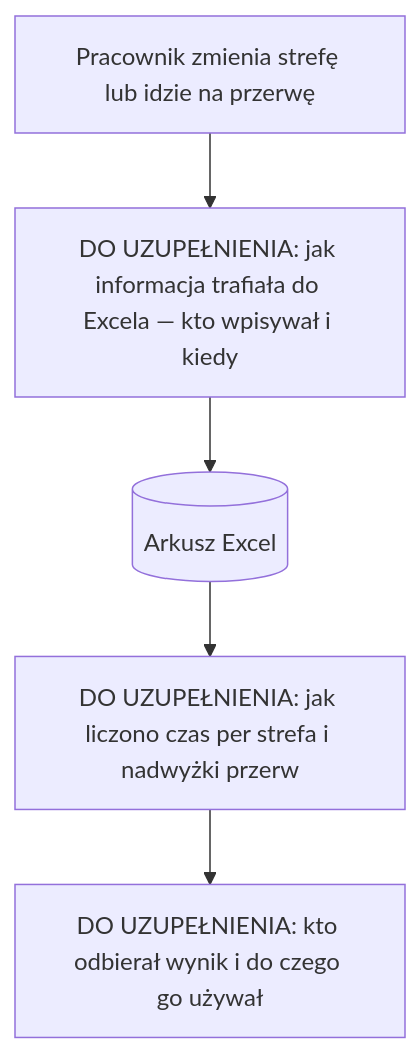
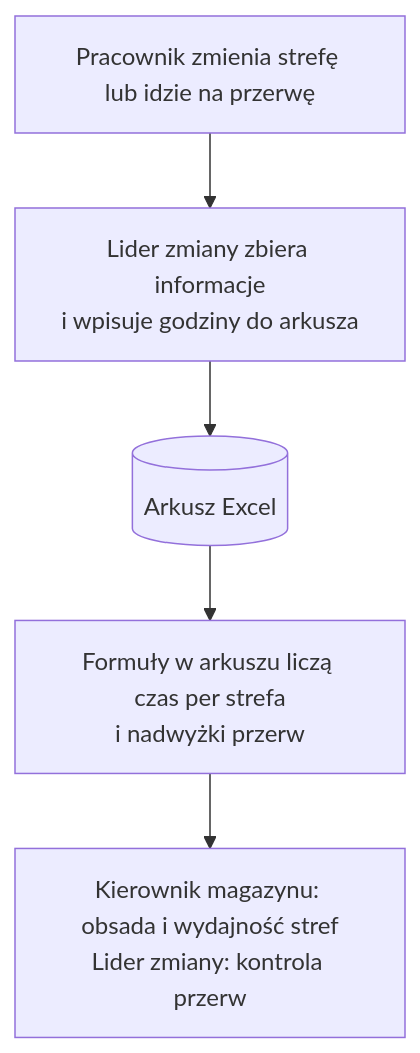
The first of 4 diagrams in docs/02-proces.md (TomaszWu14/rcp-log-public), drawn with Mermaid before and after one commit. The commit also changed other lines of this file and 2 other files, not shown here.

Commit message:
docs: uzupełnij proces PRZED, odbiorców danych i retencję
Według odpowiedzi autora: lider zmiany wpisywał godziny do Excela, formuły
liczyły czas per strefa i nadwyżki; odbiorcy to kierownik magazynu i lider
zmiany; skala opisana jakościowo; retencja nieustalona (prototyp) i dodana
do dalszych kroków. Usunięta pusta sekcja pytań otwartych w 07.

````diff
--- a/docs/02-proces.md
+++ b/docs/02-proces.md
@@ -13,7 +13,7 @@
 ```mermaid
 flowchart TD
-    A[Pracownik zmienia strefę lub idzie na przerwę] --> B["DO UZUPEŁNIENIA: jak informacja trafiała do Excela — kto wpisywał i kiedy"]
+    A[Pracownik zmienia strefę lub idzie na przerwę] --> B[Lider zmiany zbiera informacje<br/>i wpisuje godziny do arkusza]
     B --> C[(Arkusz Excel)]
-    C --> D["DO UZUPEŁNIENIA: jak liczono czas per strefa i nadwyżki przerw"]
-    D --> E["DO UZUPEŁNIENIA: kto odbierał wynik i do czego go używał"]
+    C --> D[Formuły w arkuszu liczą czas per strefa<br/>i nadwyżki przerw]
+    D --> E[Kierownik magazynu: obsada i wydajność stref<br/>Lider zmiany: kontrola przerw]
 ```
````
